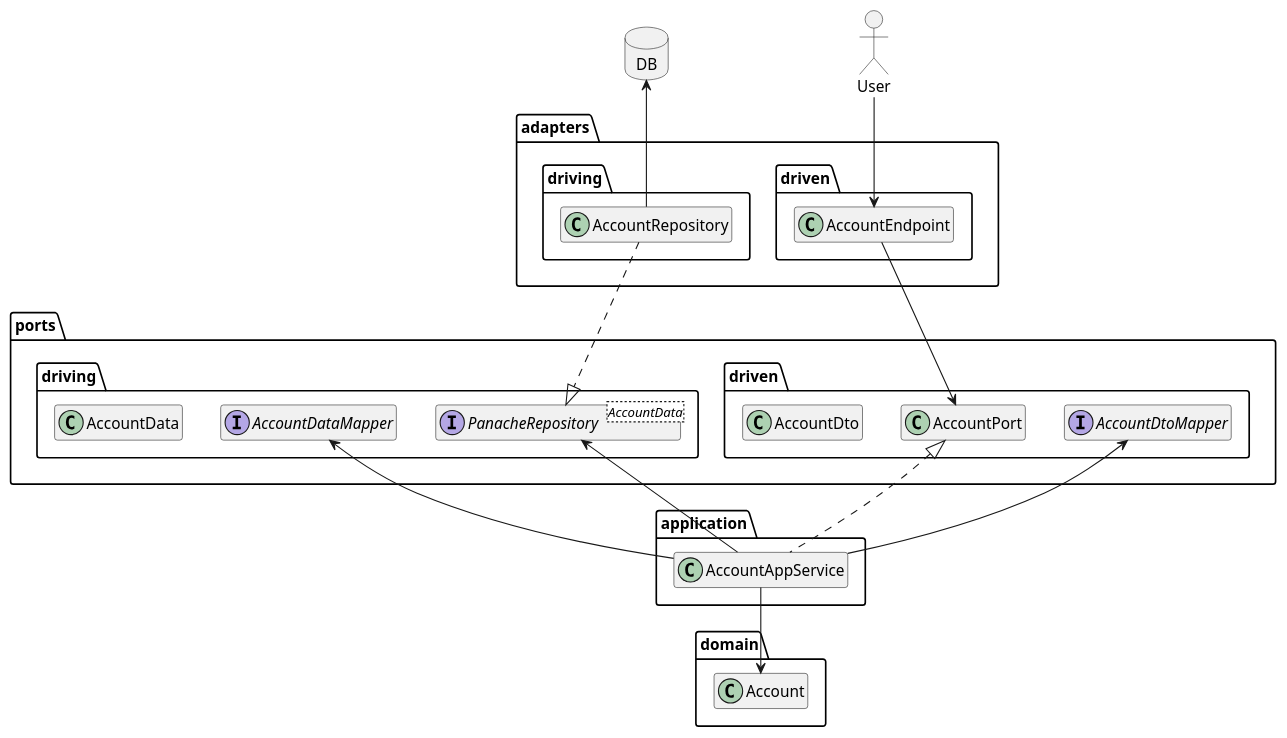
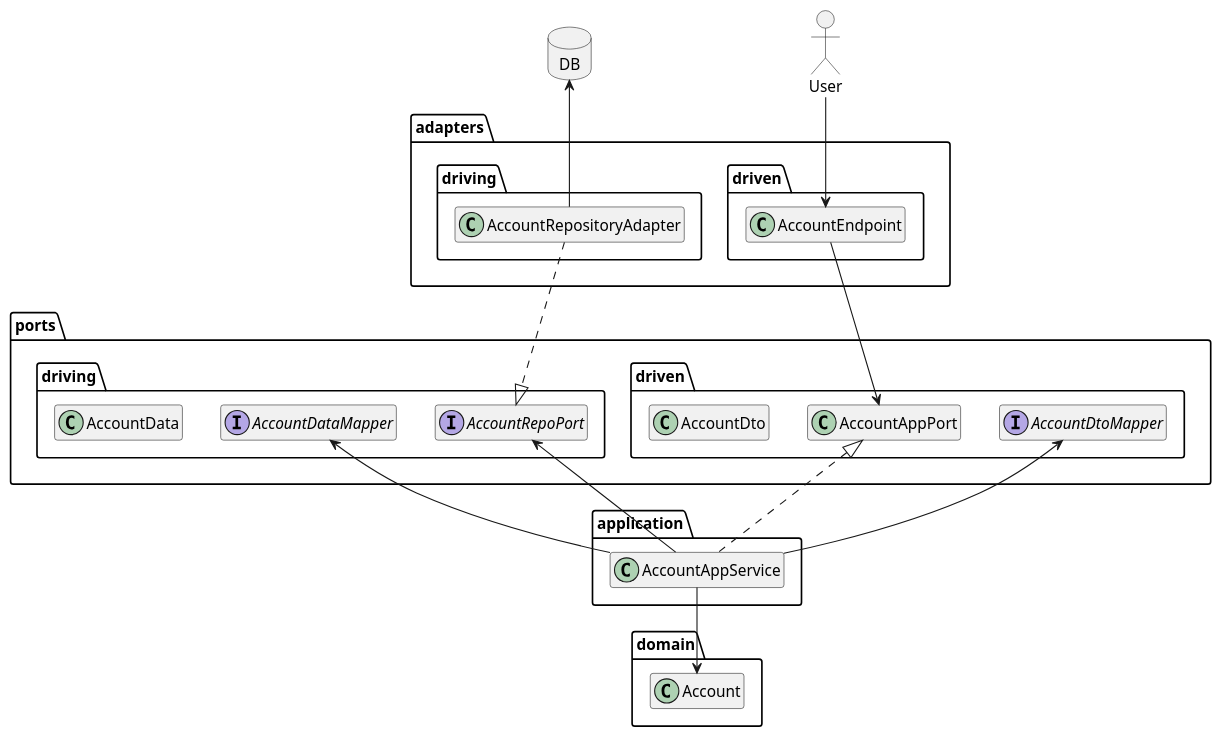
The diagram in doc/implementation/architecture/accounts-hexagonal.puml (onouv/expenses), drawn with PlantUML before and after one commit. The commit also changed 5 other files, not shown here.

Commit message:
making repository port interface explicit; harmonizing naming with architecture diagram

```diff
--- a/doc/implementation/architecture/accounts-hexagonal.puml
+++ b/doc/implementation/architecture/accounts-hexagonal.puml
@@ -1,56 +1,56 @@
 @startuml
 
 top to bottom direction
 allowmixing
 hide empty members
 
 actor User
 database DB
 
 package adapters {
     package driven {
         class AccountEndpoint
     }
 
     package driving {
-        class AccountRepository
+        class AccountRepositoryAdapter
     }
 }
 
 
 package ports {
     package driven {
-        class AccountPort
+        class AccountAppPort
         class AccountDto
         interface AccountDtoMapper
     }
 
     package driving {
         interface AccountDataMapper
-        interface PanacheRepository<AccountData>
+        interface AccountRepoPort
         class AccountData
 
     }
 }
 package application {
     class AccountAppService
 }
 package domain {
     class Account
 }
 
 User -d-> AccountEndpoint
-AccountRepository -u-> DB
+AccountRepositoryAdapter -u-> DB
 
 
-AccountEndpoint --> AccountPort
-AccountRepository .d.|> PanacheRepository
-AccountAppService .u.|> AccountPort
+AccountEndpoint --> AccountAppPort
+AccountRepositoryAdapter .d.|> AccountRepoPort
+AccountAppService .u.|> AccountAppPort
 AccountAppService -u-> AccountDtoMapper
 
 AccountAppService -u-> AccountDataMapper
-AccountAppService -u-> PanacheRepository
+AccountAppService -u-> AccountRepoPort
 AccountAppService -d-> Account
 
 
 @enduml
```
